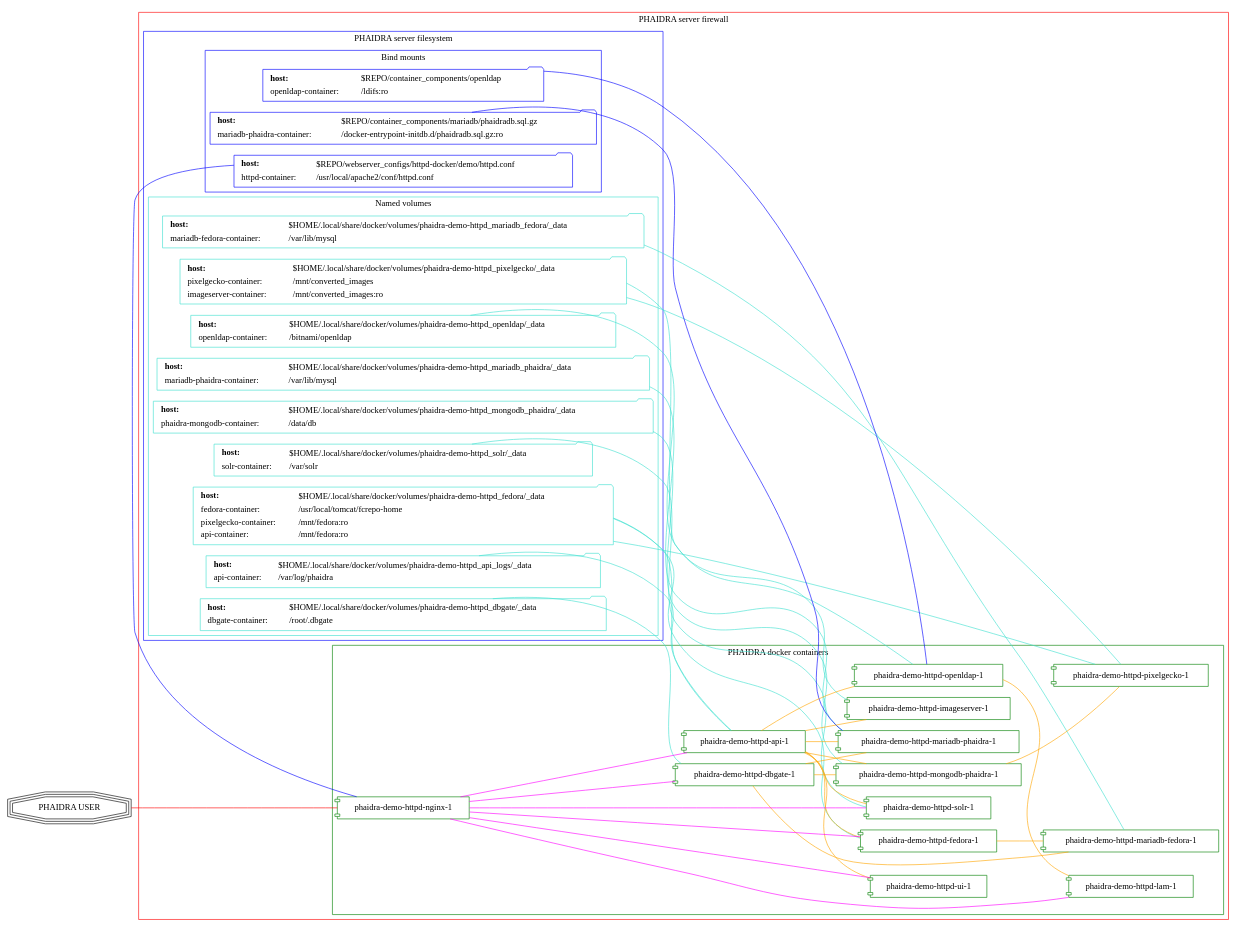
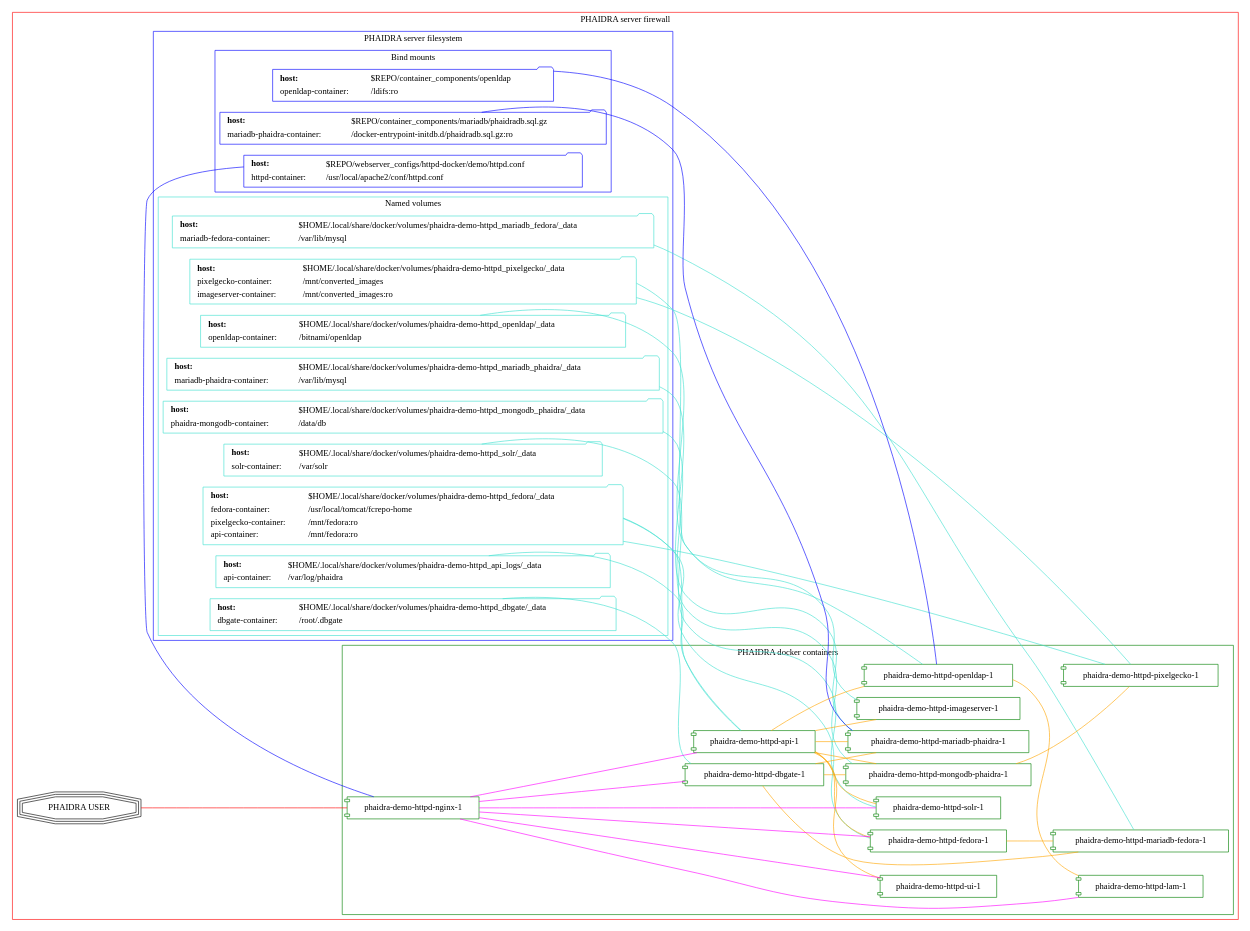
Before and after one commit to phaidra/phaidra: the third of 4 diagrams in README.org, drawn with Graphviz. The commit also changed other lines of this file and 3 other files, not shown here.

Commit message:
fix position of phaidra-user in graphs, add startup information.

```diff
--- a/README.org
+++ b/README.org
@@ -567,13 +567,10 @@
    #+begin_src dot :file "./pictures/construction_demo_apache.svg" :exports results
      graph G {
              rankdir="LR"
-
-             USER [label="PHAIDRA USER", shape = tripleoctagon];
-
              subgraph cluster_host {
                      label = "PHAIDRA server firewall";
                      color = red;
-
+                     USER [label="PHAIDRA USER", shape = tripleoctagon];
                      subgraph cluster_host_storage {
                              label = "PHAIDRA server filesystem";
                              color = blue;
```
